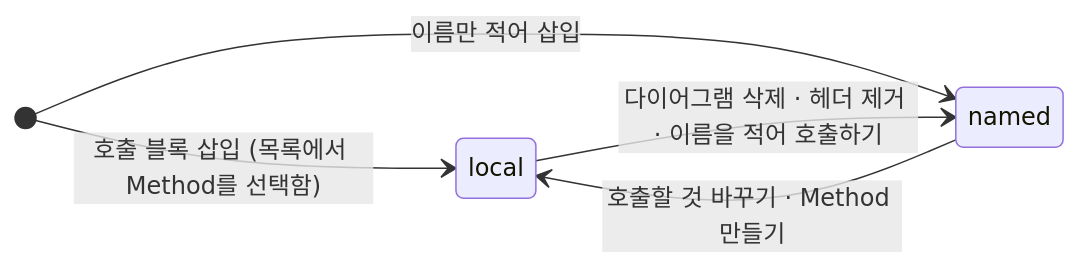
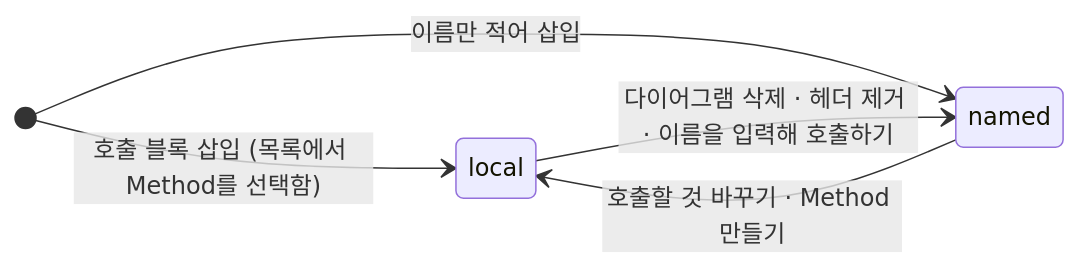
The first of 2 diagrams in docs/04-design/01-model.md (reddiana/AriadneNSD), drawn with Mermaid before and after one commit. The commit also changed 8 other files, not shown here.

First line of the commit message:
화면 문구: 이름을 적어 호출하기 → 이름을 입력해 호출하기, 이름을 적으세요 → 이름을 입력하세요 (CB17)

````diff
--- a/docs/04-design/01-model.md
+++ b/docs/04-design/01-model.md
@@ -166,8 +166,8 @@
 ```mermaid
 stateDiagram-v2
     direction LR
     [*] --> local : 호출 블록 삽입 (목록에서 Method를 선택함)
     [*] --> named : 이름만 적어 삽입
-    local --> named : 다이어그램 삭제 · 헤더 제거 · 이름을 적어 호출하기
+    local --> named : 다이어그램 삭제 · 헤더 제거 · 이름을 입력해 호출하기
     named --> local : 호출할 것 바꾸기 · Method 만들기
 ```
````
